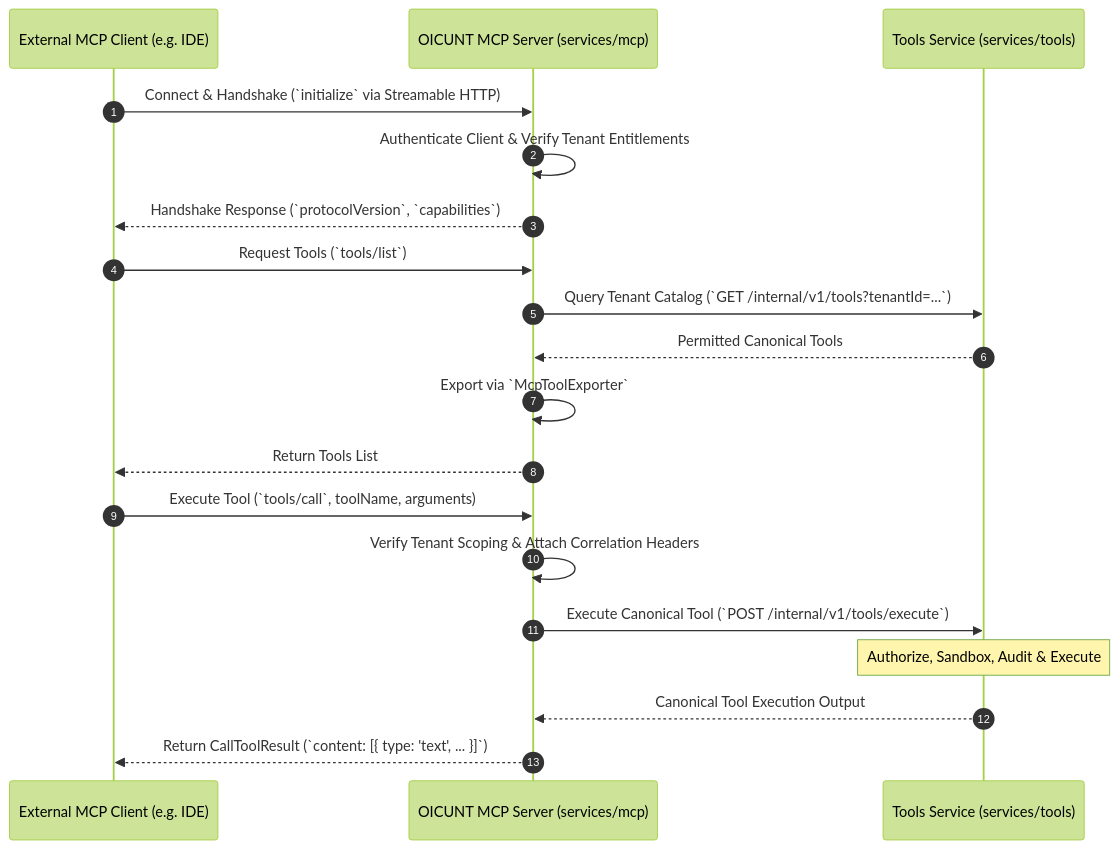
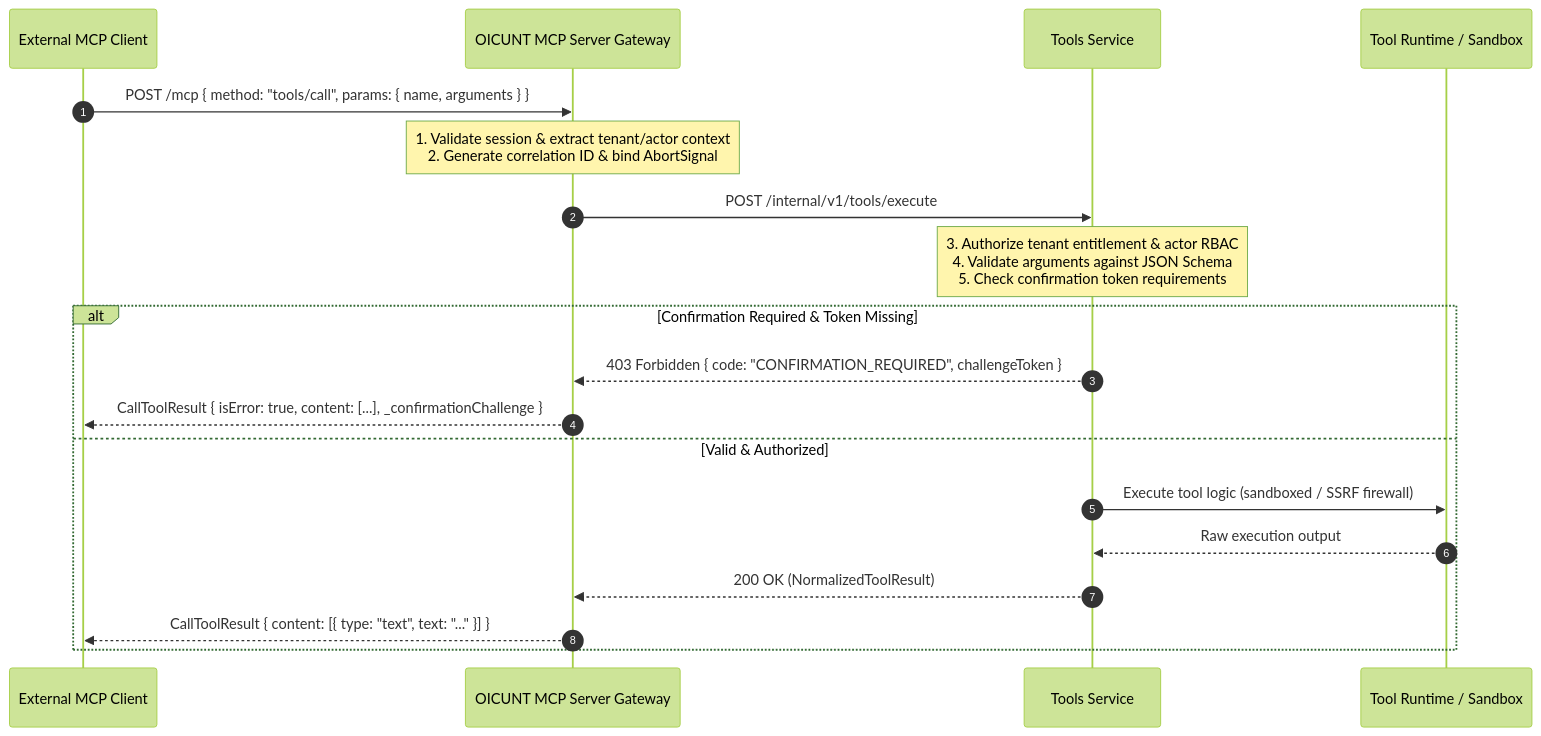
One commit to oicunt-ai/ai-platform changed the fourth of 5 diagrams in docs/contracts/mcp.md. Above: the diagram before and after it, drawn with Mermaid (forest theme). The commit also changed other lines of this file and 26 other files, not shown here.

Commit message:
feat: implement MCP server gateway

````diff
--- a/docs/contracts/mcp.md
+++ b/docs/contracts/mcp.md
@@ -320,24 +512,24 @@
 ```mermaid
 sequenceDiagram
     autonumber
-    participant ExtClient as External MCP Client (e.g. IDE)
-    participant McpServer as OICUNT MCP Server (services/mcp)
-    participant Tools as Tools Service (services/tools)
+    participant Client as External MCP Client
+    participant Gateway as OICUNT MCP Server Gateway
+    participant Tools as Tools Service
+    participant Sandbox as Tool Runtime / Sandbox
 
-    ExtClient->>McpServer: Connect & Handshake (`initialize` via Streamable HTTP)
-    McpServer->>McpServer: Authenticate Client & Verify Tenant Entitlements
-    McpServer-->>ExtClient: Handshake Response (`protocolVersion`, `capabilities`)
+    Client->>Gateway: POST /mcp { method: "tools/call", params: { name, arguments } }
+    Note over Gateway: 1. Validate session & extract tenant/actor context<br/>2. Generate correlation ID & bind AbortSignal
 
-    ExtClient->>McpServer: Request Tools (`tools/list`)
-    McpServer->>Tools: Query Tenant Catalog (`GET /internal/v1/tools?tenantId=...`)
-    Tools-->>McpServer: Permitted Canonical Tools
-    McpServer->>McpServer: Export via `McpToolExporter`
-    McpServer-->>ExtClient: Return Tools List
+    Gateway->>Tools: POST /internal/v1/tools/execute
+    Note over Tools: 3. Authorize tenant entitlement & actor RBAC<br/>4. Validate arguments against JSON Schema<br/>5. Check confirmation token requirements
 
-    ExtClient->>McpServer: Execute Tool (`tools/call`, toolName, arguments)
-    McpServer->>McpServer: Verify Tenant Scoping & Attach Correlation Headers
-    McpServer->>Tools: Execute Canonical Tool (`POST /internal/v1/tools/execute`)
-    Note over Tools: Authorize, Sandbox, Audit & Execute
-    Tools-->>McpServer: Canonical Tool Execution Output
-    McpServer-->>ExtClient: Return CallToolResult (`content: [{ type: 'text', ... }]`)
+    alt Confirmation Required & Token Missing
+        Tools-->>Gateway: 403 Forbidden { code: "CONFIRMATION_REQUIRED", challengeToken }
+        Gateway-->>Client: CallToolResult { isError: true, content: [...], _confirmationChallenge }
+    else Valid & Authorized
+        Tools->>Sandbox: Execute tool logic (sandboxed / SSRF firewall)
+        Sandbox-->>Tools: Raw execution output
+        Tools-->>Gateway: 200 OK (NormalizedToolResult)
+        Gateway-->>Client: CallToolResult { content: [{ type: "text", text: "..." }] }
+    end
 ```
````
